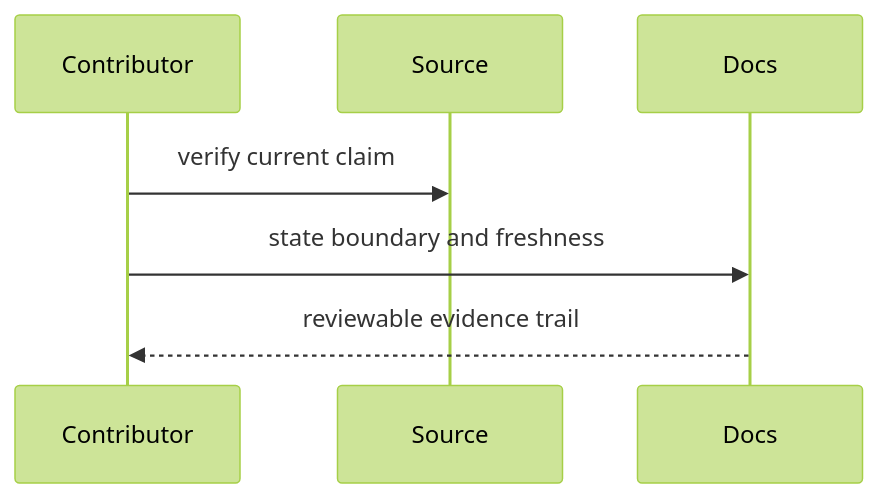
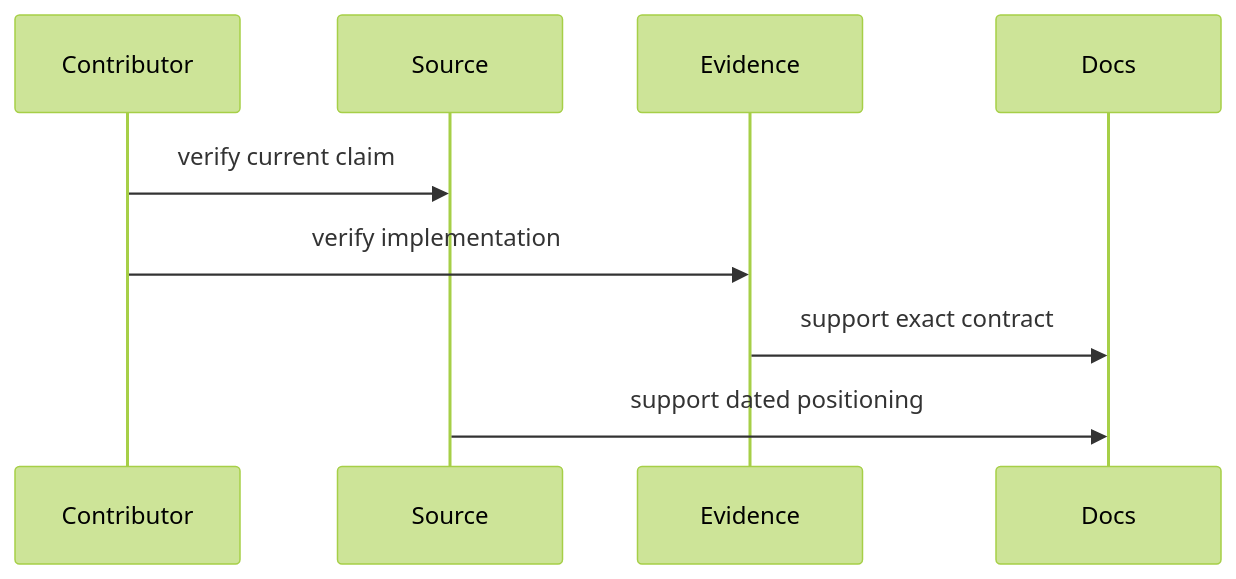
The third of 3 diagrams in docs/AGENTS.md (streamentry/AGENTOWNERS), drawn with Mermaid (forest theme) before and after one commit. The commit also changed other lines of this file and 13 other files, not shown here.

````diff
--- a/docs/AGENTS.md
+++ b/docs/AGENTS.md
@@ -35,9 +39,11 @@
 ```mermaid
 sequenceDiagram
   participant Contributor
   participant Source
+  participant Evidence
   participant Docs
   Contributor->>Source: verify current claim
-  Contributor->>Docs: state boundary and freshness
-  Docs-->>Contributor: reviewable evidence trail
+  Contributor->>Evidence: verify implementation
+  Evidence->>Docs: support exact contract
+  Source->>Docs: support dated positioning
 ```
````
